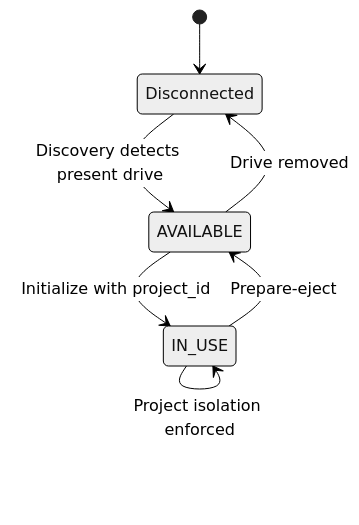
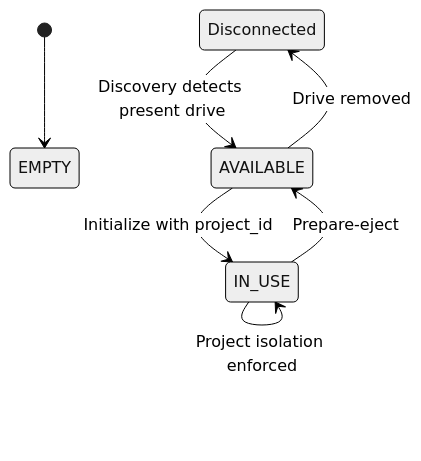
One commit to t3knoid/ecube changed the third of 4 diagrams in docs/operations/15-dba-data-model-reference.md. Above: the diagram before and after it, drawn with Mermaid (neutral theme). The commit also changed other lines of this file and 31 other files, not shown here.

First line of the commit message:
Refactor drive state terminology from `EMPTY` to `DISCONNECTED`

````diff
--- a/docs/operations/15-dba-data-model-reference.md
+++ b/docs/operations/15-dba-data-model-reference.md
@@ -164,11 +164,11 @@
 ```mermaid
 stateDiagram-v2
   [*] --> EMPTY
-  EMPTY --> AVAILABLE: Discovery detects present drive
+  DISCONNECTED --> AVAILABLE: Discovery detects present drive
   AVAILABLE --> IN_USE: Initialize with project_id
   IN_USE --> AVAILABLE: Prepare-eject
-  AVAILABLE --> EMPTY: Drive removed
+  AVAILABLE --> DISCONNECTED: Drive removed
   IN_USE --> IN_USE: Project isolation enforced
 
-  state "Disconnected" as EMPTY
+  state "Disconnected" as DISCONNECTED
 ```
````
